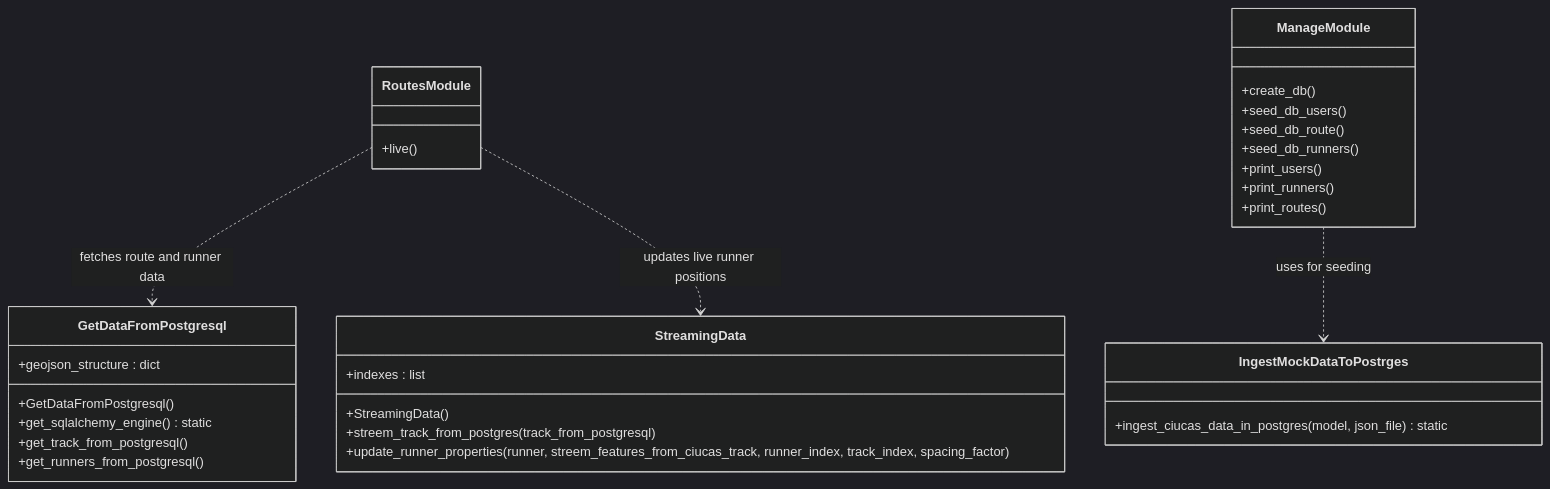
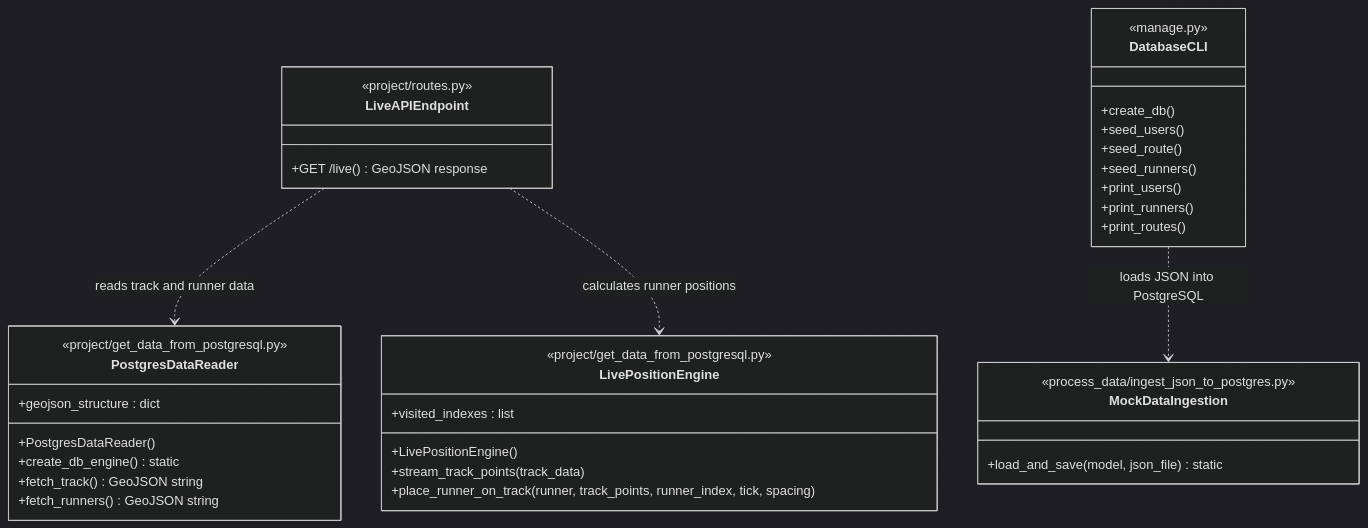
Before and after one commit to corinat/flask-on-docker: the diagram in README.md, drawn with Mermaid (dark theme).

Commit message:
added diagram for achitecture understanding again again

````diff
--- a/README.md
+++ b/README.md
@@ -35,39 +35,44 @@
 ```mermaid
 classDiagram
-    class IngestMockDataToPostrges {
-        +ingest_ciucas_data_in_postgres(model, json_file) static
+    class MockDataIngestion {
+        <<process_data/ingest_json_to_postgres.py>>
+        +load_and_save(model, json_file) static
     }
 
-    class GetDataFromPostgresql {
+    class PostgresDataReader {
+        <<project/get_data_from_postgresql.py>>
         +geojson_structure : dict
-        +GetDataFromPostgresql()
-        +get_sqlalchemy_engine() static
-        +get_track_from_postgresql()
-        +get_runners_from_postgresql()
+        +PostgresDataReader()
+        +create_db_engine() static
+        +fetch_track() GeoJSON string
+        +fetch_runners() GeoJSON string
     }
 
-    class StreamingData {
-        +indexes : list
-        +StreamingData()
-        +streem_track_from_postgres(track_from_postgresql)
-        +update_runner_properties(runner, streem_features_from_ciucas_track, runner_index, track_index, spacing_factor)
+    class LivePositionEngine {
+        <<project/get_data_from_postgresql.py>>
+        +visited_indexes : list
+        +LivePositionEngine()
+        +stream_track_points(track_data)
+        +place_runner_on_track(runner, track_points, runner_index, tick, spacing)
     }
 
-    class RoutesModule {
-        +live()
+    class LiveAPIEndpoint {
+        <<project/routes.py>>
+        +GET /live() GeoJSON response
     }
 
-    class ManageModule {
+    class DatabaseCLI {
+        <<manage.py>>
         +create_db()
-        +seed_db_users()
-        +seed_db_route()
-        +seed_db_runners()
+        +seed_users()
+        +seed_route()
+        +seed_runners()
         +print_users()
         +print_runners()
         +print_routes()
     }
 
-    ManageModule ..> IngestMockDataToPostrges : uses for seeding
-    RoutesModule ..> GetDataFromPostgresql : fetches route and runner data
-    RoutesModule ..> StreamingData : updates live runner positions
+    DatabaseCLI ..> MockDataIngestion : loads JSON into PostgreSQL
+    LiveAPIEndpoint ..> PostgresDataReader : reads track and runner data
+    LiveAPIEndpoint ..> LivePositionEngine : calculates runner positions
 ```
````
